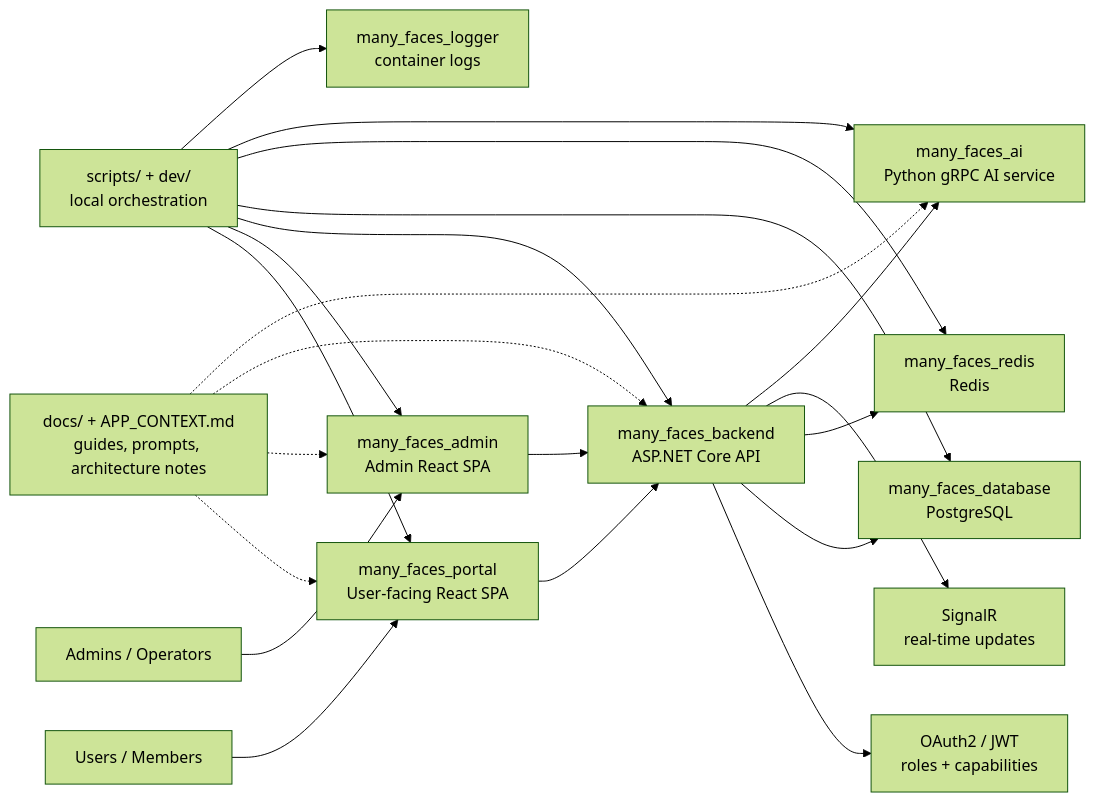
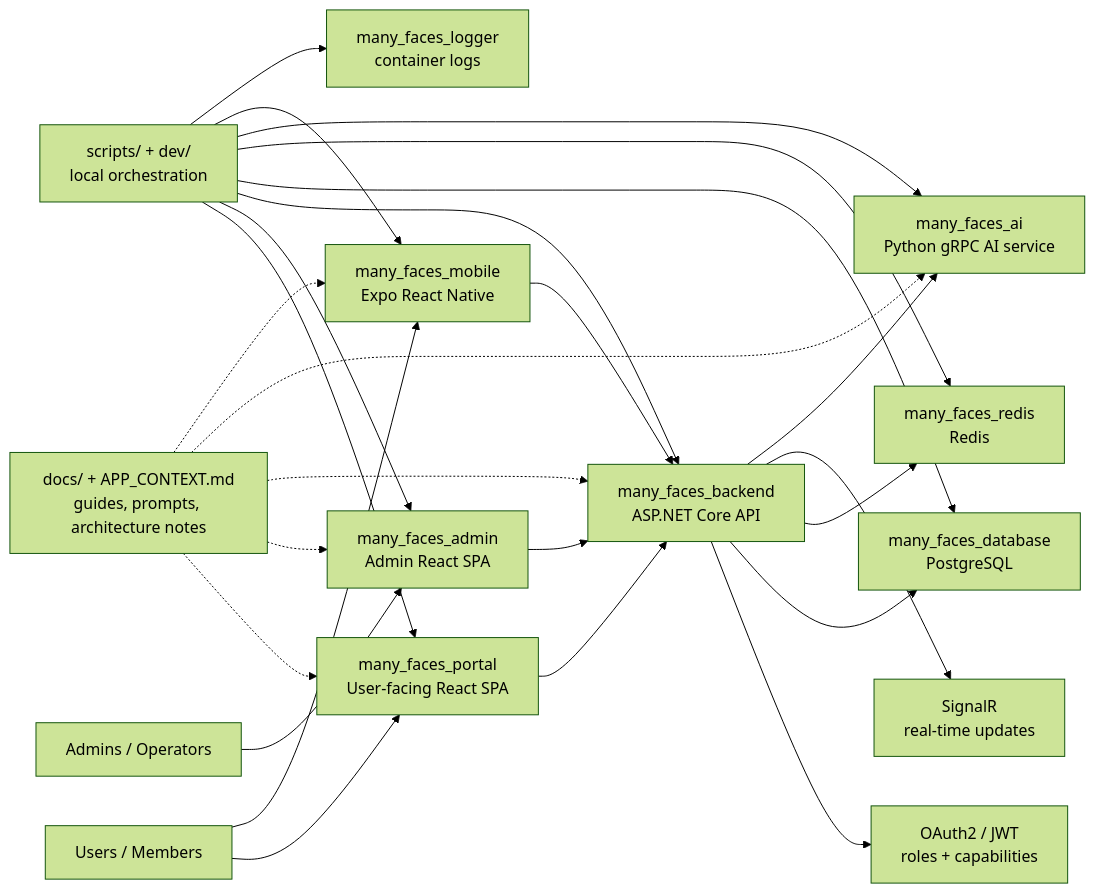
One commit to 01laky/mfai_demo changed the first of 9 diagrams in README.md. Above: the diagram before and after it, drawn with Mermaid (forest theme). The commit also changed other lines of this file and 3 other files, not shown here.

Commit message:
feat: add many_faces_mobile submodule (Expo blank TypeScript)

````diff
--- a/README.md
+++ b/README.md
@@ -28,27 +28,31 @@
 ```mermaid
 flowchart LR
     visitor["Users / Members"] --> fe["many_faces_portal<br/>User-facing React SPA"]
+    visitor --> mobile["many_faces_mobile<br/>Expo React Native"]
     adminUser["Admins / Operators"] --> admin["many_faces_admin<br/>Admin React SPA"]
 
     fe --> api["many_faces_backend<br/>ASP.NET Core API"]
     admin --> api
+    mobile --> api
 
     api --> auth["OAuth2 / JWT<br/>roles + capabilities"]
     api --> db["many_faces_database<br/>PostgreSQL"]
     api --> redis["many_faces_redis<br/>Redis"]
     api --> realtime["SignalR<br/>real-time updates"]
     api --> ai["many_faces_ai<br/>Python gRPC AI service"]
 
     scripts["scripts/ + dev/<br/>local orchestration"] --> fe
     scripts --> admin
     scripts --> api
     scripts --> db
     scripts --> redis
     scripts --> ai
+    scripts --> mobile
     scripts --> logs["many_faces_logger<br/>container logs"]
 
     docs["docs/ + APP_CONTEXT.md<br/>guides, prompts, architecture notes"] -.-> fe
     docs -.-> admin
     docs -.-> api
     docs -.-> ai
+    docs -.-> mobile
 ```
````
